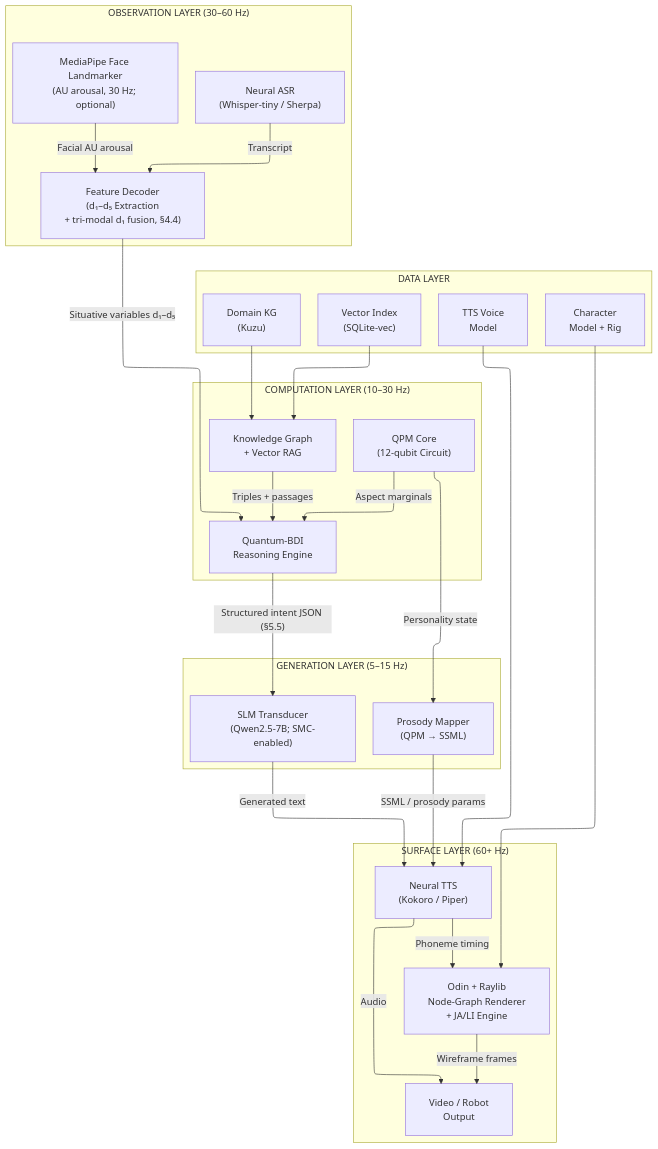
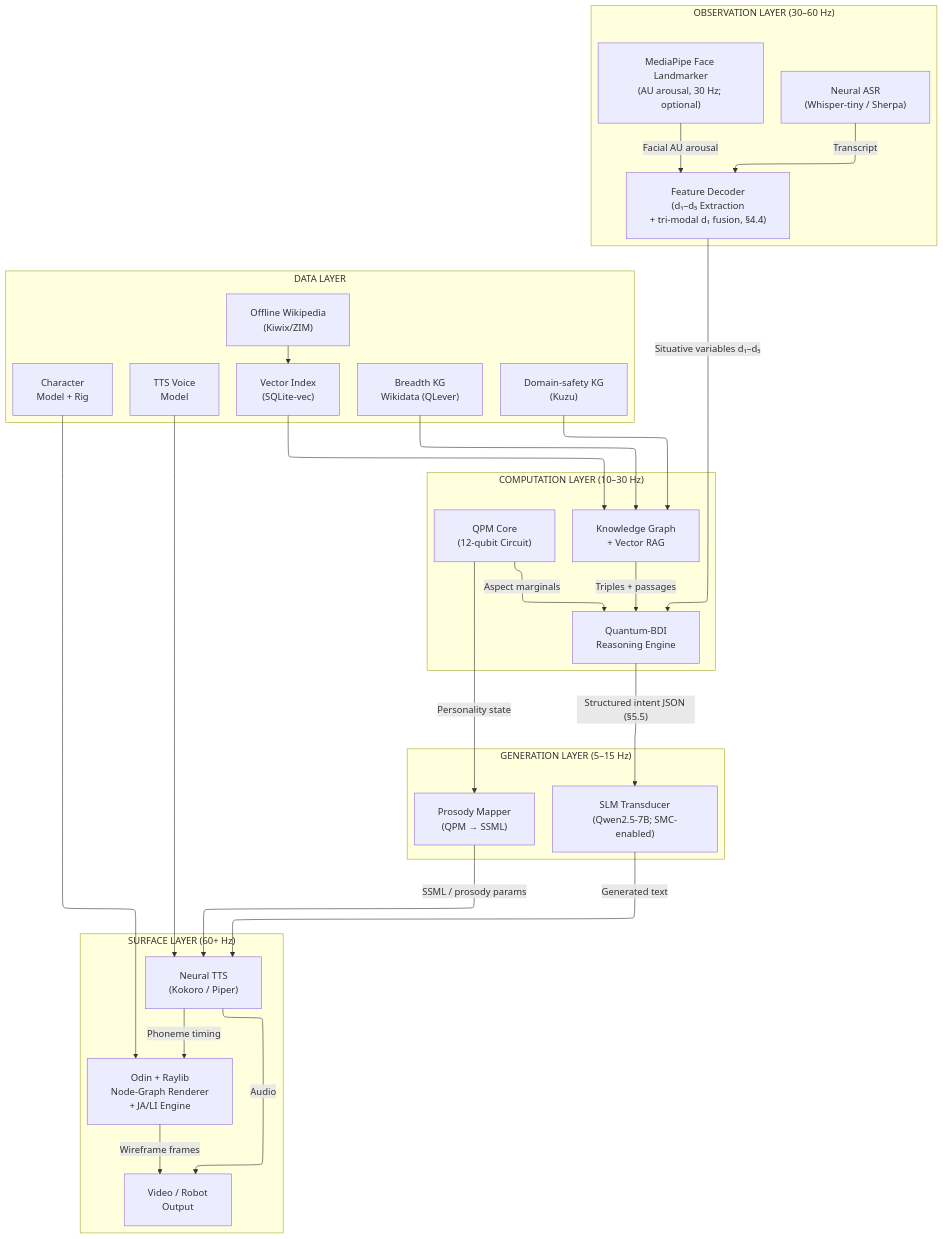
One commit to JustForCodin/Centaurian_Architecture_Implementation changed diagram 12 of 19 in Centaurian_Architecture_v3.md. Above: the diagram before and after it, drawn with Mermaid. The commit also changed other lines of this file and 2 other files, not shown here.

````diff
--- a/Centaurian_Architecture_v3.md
+++ b/Centaurian_Architecture_v3.md
@@ -1491,52 +1517,56 @@
 ```mermaid
 %%{init: {"flowchart": {"defaultRenderer": "elk", "nodeSpacing": 70, "rankSpacing": 110, "padding": 20}} }%%
 graph TB
     subgraph OBSERVATION ["OBSERVATION LAYER (30–60 Hz)"]
         direction LR
         ASR["Neural ASR<br/>(Whisper-tiny / Sherpa)"]
         MP_OBS["MediaPipe Face Landmarker<br/>(AU arousal, 30 Hz; optional)"]
         FEAT["Feature Decoder<br/>(d₁–d₅ Extraction<br/>+ tri-modal d₁ fusion, §4.4)"]
         ASR -->|"Transcript"| FEAT
         MP_OBS -->|"Facial AU arousal"| FEAT
     end
     subgraph COMPUTATION ["COMPUTATION LAYER (10–30 Hz)"]
         direction LR
         KG_MAIN["Knowledge Graph<br/>+ Vector RAG"]
         BDI_MAIN["Quantum-BDI<br/>Reasoning Engine"]
         QPM_MAIN["QPM Core<br/>(12-qubit Circuit)"]
         KG_MAIN -->|"Triples + passages"| BDI_MAIN
         QPM_MAIN -->|"Aspect marginals"| BDI_MAIN
     end
     subgraph GENERATION ["GENERATION LAYER (5–15 Hz)"]
         direction LR
         SLM_MAIN["SLM Transducer<br/>(Qwen2.5-7B; SMC-enabled)"]
         PROSODY["Prosody Mapper<br/>(QPM → SSML)"]
     end
     subgraph SURFACE ["SURFACE LAYER (60+ Hz)"]
         direction LR
         RENDERER["Odin + Raylib<br/>Node-Graph Renderer<br/>+ JA/LI Engine"]
         TTS_OUT["Neural TTS<br/>(Kokoro / Piper)"]
         DISPLAY["Video / Robot<br/>Output"]
         TTS_OUT -->|"Audio"| DISPLAY
         RENDERER -->|"Wireframe frames"| DISPLAY
     end
     subgraph DATA ["DATA LAYER"]
         direction LR
-        KG_DB["Domain KG<br/>(Kuzu)"]
+        KG_DB["Domain-safety KG<br/>(Kuzu)"]
+        WD_DB["Breadth KG<br/>Wikidata (QLever)"]
+        ZIM_DB["Offline Wikipedia<br/>(Kiwix/ZIM)"]
         VEC_DB["Vector Index<br/>(SQLite-vec)"]
         VOICE_DB["TTS Voice<br/>Model"]
         ANIM_DB["Character<br/>Model + Rig"]
     end
 
     FEAT -->|"Situative variables d₁–d₅"| BDI_MAIN
     BDI_MAIN -->|"Structured intent JSON (§5.5)"| SLM_MAIN
     QPM_MAIN -->|"Personality state"| PROSODY
     SLM_MAIN -->|"Generated text"| TTS_OUT
     PROSODY -->|"SSML / prosody params"| TTS_OUT
     TTS_OUT -->|"Phoneme timing"| RENDERER
 
     KG_DB --> KG_MAIN
+    WD_DB --> KG_MAIN
+    ZIM_DB --> VEC_DB
     VEC_DB --> KG_MAIN
     VOICE_DB --> TTS_OUT
     ANIM_DB --> RENDERER
 ```
````
